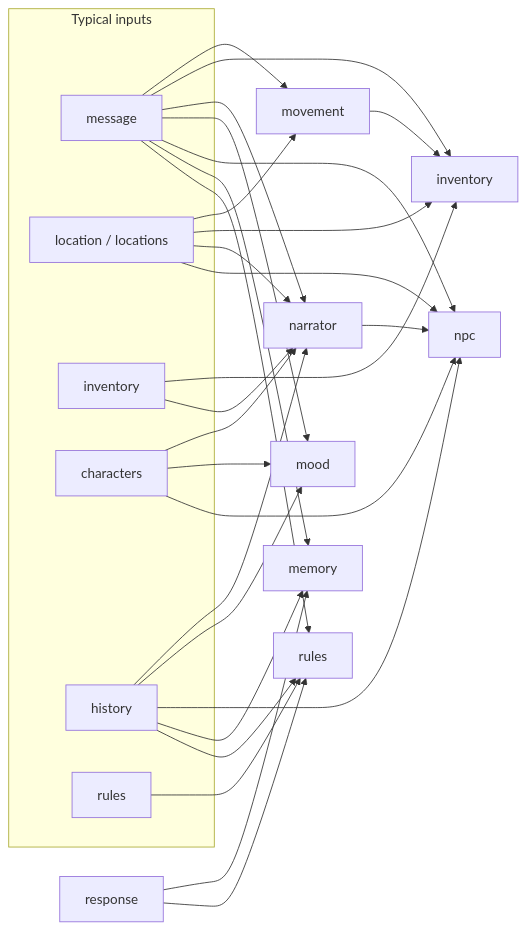
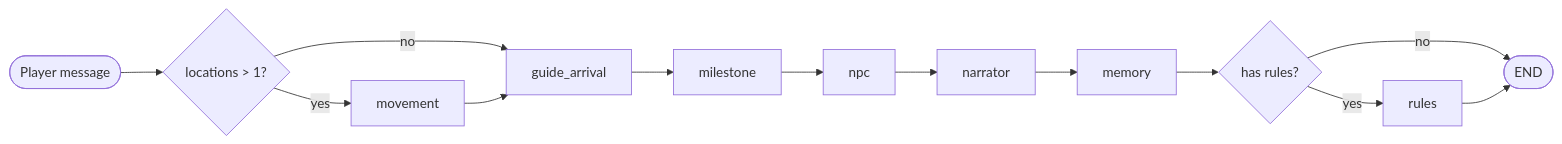
One commit to mcgowee/roleplay-langgraph changed the second of 2 diagrams in documents/LANGGRAPH_PIPELINE.md. Above: the diagram before and after it, drawn with Mermaid. The commit also changed other lines of this file, not shown here.

First line of the commit message:
docs: update LANGGRAPH_PIPELINE with graph template system and creation guide

````diff
--- a/documents/LANGGRAPH_PIPELINE.md
+++ b/documents/LANGGRAPH_PIPELINE.md
@@ -62,43 +131,15 @@
 ```mermaid
 flowchart LR
-  subgraph reads["Typical inputs"]
-    MSG[message]
-    LOC[location / locations]
-    INV[inventory]
-    CH[characters]
-    HIST[history]
-    RUL[rules]
-  end
-
-  MSG --> movement
-  LOC --> movement
-  movement --> inventory
-  LOC --> inventory
-  INV --> inventory
-  MSG --> inventory
-
-  LOC --> narrator
-  CH --> narrator
-  INV --> narrator
-  HIST --> narrator
-  MSG --> narrator
-
-  CH --> mood
-  MSG --> mood
-  HIST --> mood
-
-  LOC --> npc
-  CH --> npc
-  HIST --> npc
-  MSG --> npc
-  narrator --> npc
-
-  MSG --> memory
-  response --> memory
-  HIST --> memory
-
-  MSG --> rules
-  response --> rules
-  RUL --> rules
-  HIST --> rules
+  START([Player message]) --> ENTRY{locations > 1?}
+  ENTRY -->|yes| MOV[movement]
+  ENTRY -->|no| GA[guide_arrival]
+  MOV --> GA
+  GA --> MS[milestone]
+  MS --> NPC[npc]
+  NPC --> NAR[narrator]
+  NAR --> MEM[memory]
+  MEM --> MEMR{has rules?}
+  MEMR -->|yes| RULES[rules]
+  MEMR -->|no| DONE([END])
+  RULES --> DONE
 ```
````
